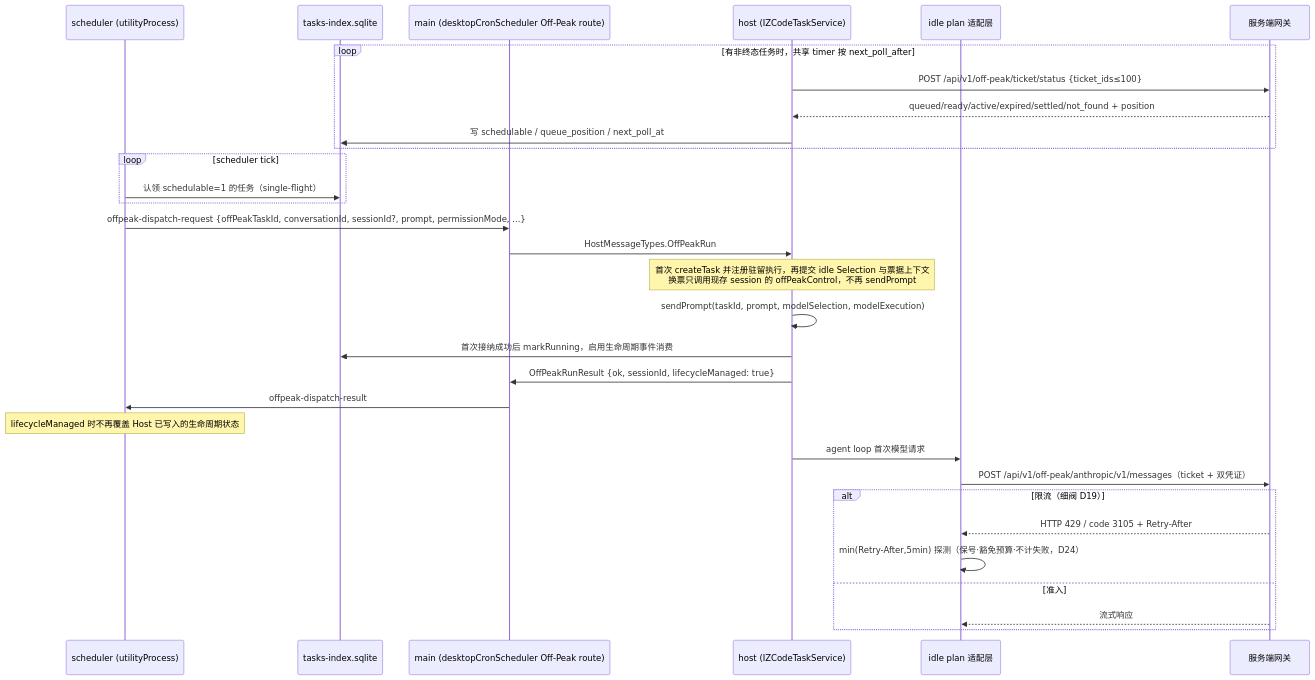
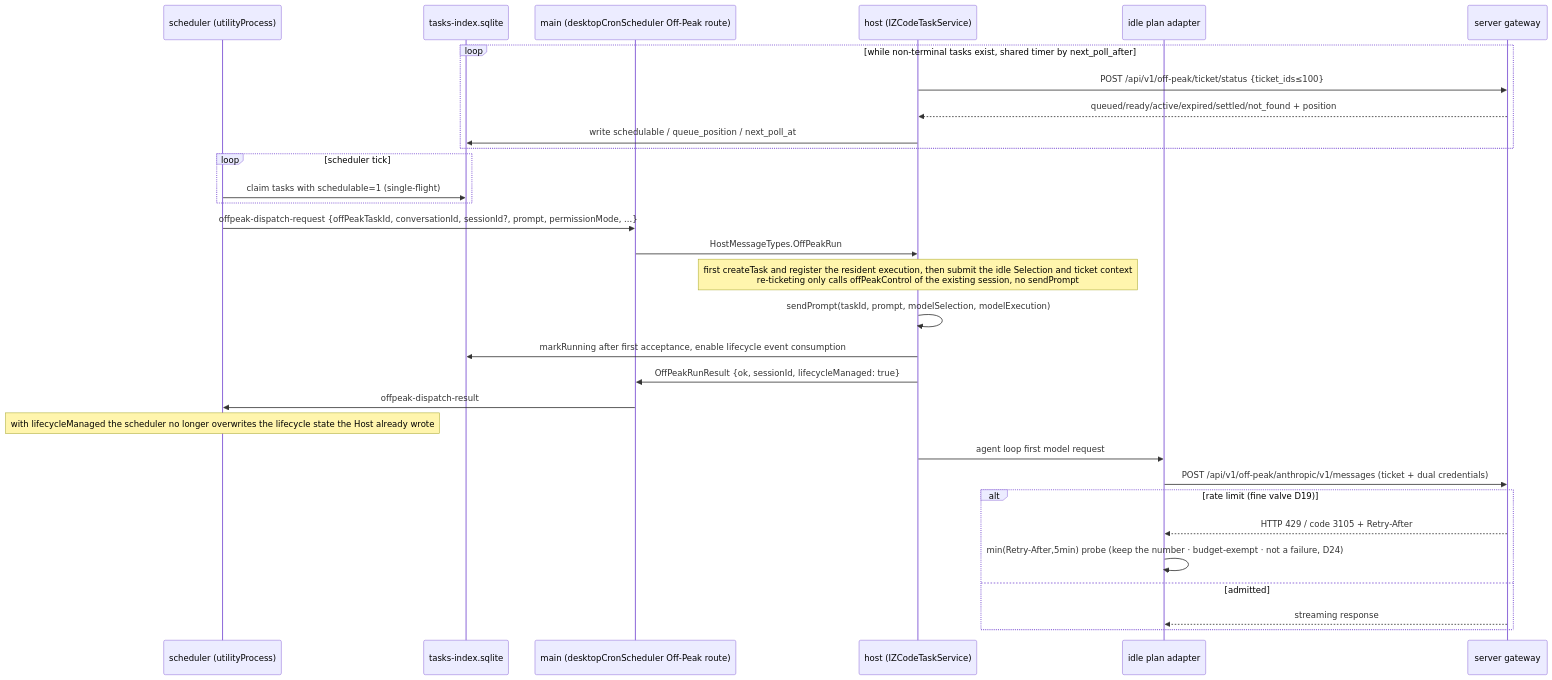
One commit to osben/ZCode changed the third of 11 diagrams in docs/off-peak-task/tech-design.md. Above: the diagram before and after it, drawn with Mermaid. The commit also changed other lines of this file and 12 other files, not shown here.

````diff
--- a/docs/off-peak-task/tech-design.md
+++ b/docs/off-peak-task/tech-design.md
@@ -324,33 +366,33 @@
 ```mermaid
 sequenceDiagram
   participant S as scheduler (utilityProcess)
   participant DB as tasks-index.sqlite
   participant M as main (desktopCronScheduler Off-Peak route)
   participant H as host (IZCodeTaskService)
-  participant A as idle plan 适配层
-  participant G as 服务端网关
-  loop 有非终态任务时，共享 timer 按 next_poll_after
+  participant A as idle plan adapter
+  participant G as server gateway
+  loop while non-terminal tasks exist, shared timer by next_poll_after
     H->>G: POST /api/v1/off-peak/ticket/status {ticket_ids≤100}
     G-->>H: queued/ready/active/expired/settled/not_found + position
-    H->>DB: 写 schedulable / queue_position / next_poll_at
+    H->>DB: write schedulable / queue_position / next_poll_at
   end
   loop scheduler tick
-    S->>DB: 认领 schedulable=1 的任务（single-flight）
+    S->>DB: claim tasks with schedulable=1 (single-flight)
   end
   S->>M: offpeak-dispatch-request {offPeakTaskId, conversationId, sessionId?, prompt, permissionMode, ...}
   M->>H: HostMessageTypes.OffPeakRun
-  Note over H: 首次 createTask 并注册驻留执行，再提交 idle Selection 与票据上下文<br/>换票只调用现存 session 的 offPeakControl，不再 sendPrompt
+  Note over H: first createTask and register the resident execution, then submit the idle Selection and ticket context<br/>re-ticketing only calls offPeakControl of the existing session, no sendPrompt
   H->>H: sendPrompt(taskId, prompt, modelSelection, modelExecution)
-  H->>DB: 首次接纳成功后 markRunning，启用生命周期事件消费
+  H->>DB: markRunning after first acceptance, enable lifecycle event consumption
   H->>M: OffPeakRunResult {ok, sessionId, lifecycleManaged: true}
   M->>S: offpeak-dispatch-result
-  Note over S: lifecycleManaged 时不再覆盖 Host 已写入的生命周期状态
-  H->>A: agent loop 首次模型请求
-  A->>G: POST /api/v1/off-peak/anthropic/v1/messages（ticket + 双凭证）
-  alt 限流（细阀 D19）
+  Note over S: with lifecycleManaged the scheduler no longer overwrites the lifecycle state the Host already wrote
+  H->>A: agent loop first model request
+  A->>G: POST /api/v1/off-peak/anthropic/v1/messages (ticket + dual credentials)
+  alt rate limit (fine valve D19)
     G-->>A: HTTP 429 / code 3105 + Retry-After
-    A->>A: min(Retry-After,5min) 探测（保号·豁免预算·不计失败，D24）
-  else 准入
-    G-->>A: 流式响应
+    A->>A: min(Retry-After,5min) probe (keep the number · budget-exempt · not a failure, D24)
+  else admitted
+    G-->>A: streaming response
   end
 ```
````
